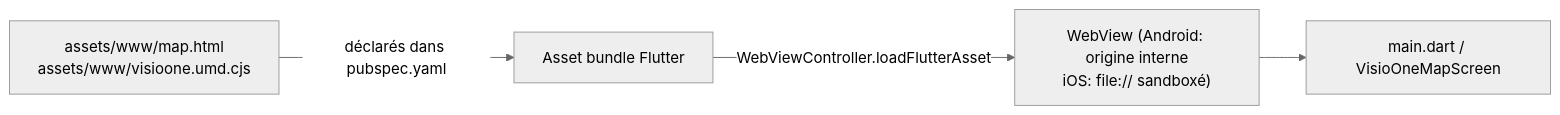
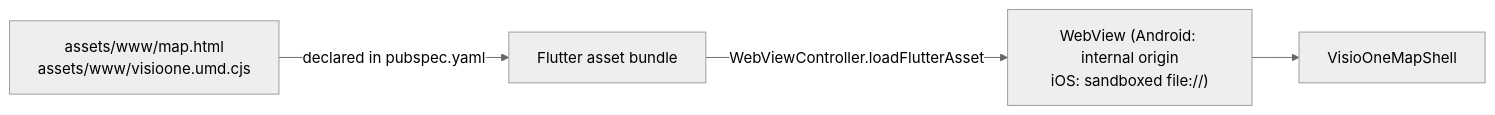
Before and after one commit to visioglobe-sas/VisioOneMeetFlutter: the first of 3 diagrams in docs/ARCHITECTURE.md, drawn with Mermaid (neutral theme). The commit also changed other lines of this file and 24 other files, not shown here.

````diff
--- a/docs/ARCHITECTURE.md
+++ b/docs/ARCHITECTURE.md
@@ -30,6 +24,6 @@
 ```mermaid
 graph LR
-  A["assets/www/map.html<br/>assets/www/visioone.umd.cjs"] -->|déclarés dans pubspec.yaml| B["Asset bundle Flutter"]
-  B -->|WebViewController.loadFlutterAsset| C["WebView (Android: origine interne<br/>iOS: file:// sandboxé)"]
-  C --> D["main.dart / VisioOneMapScreen"]
+  A["assets/www/map.html<br/>assets/www/visioone.umd.cjs"] -->|declared in pubspec.yaml| B["Flutter asset bundle"]
+  B -->|WebViewController.loadFlutterAsset| C["WebView (Android: internal origin<br/>iOS: sandboxed file://)"]
+  C --> D["VisioOneMapShell"]
 ```
````
